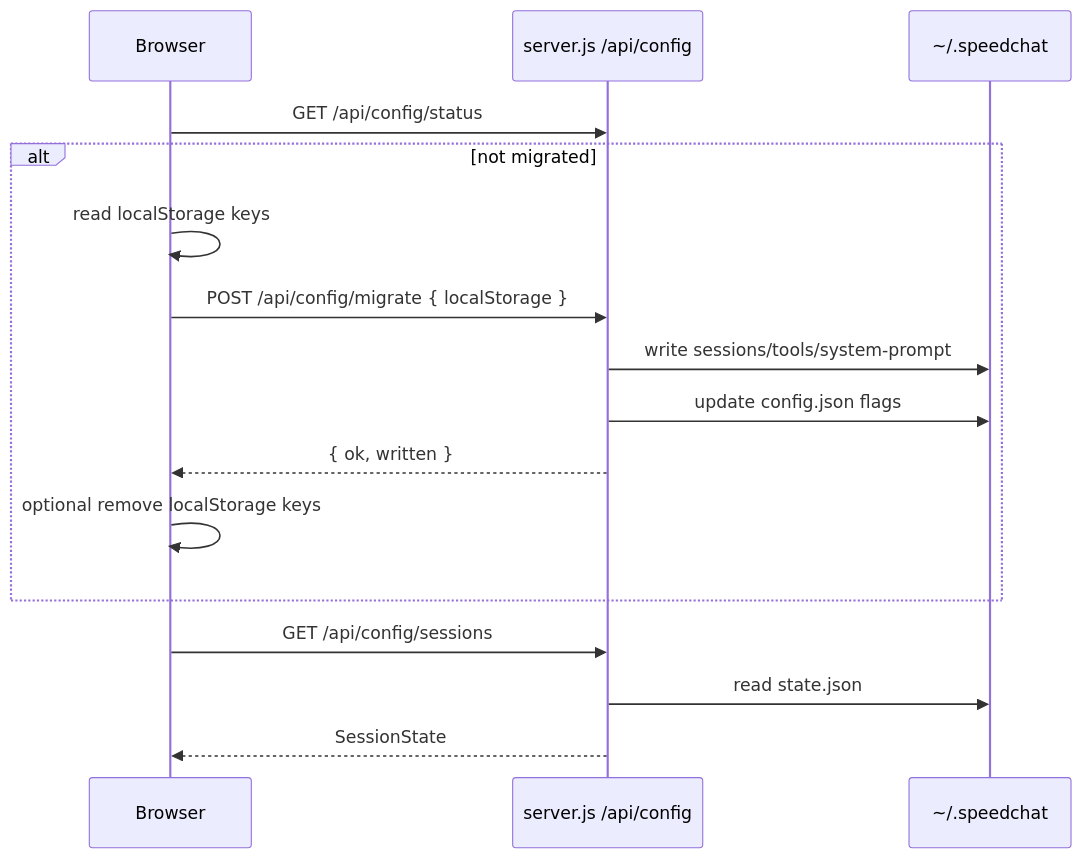
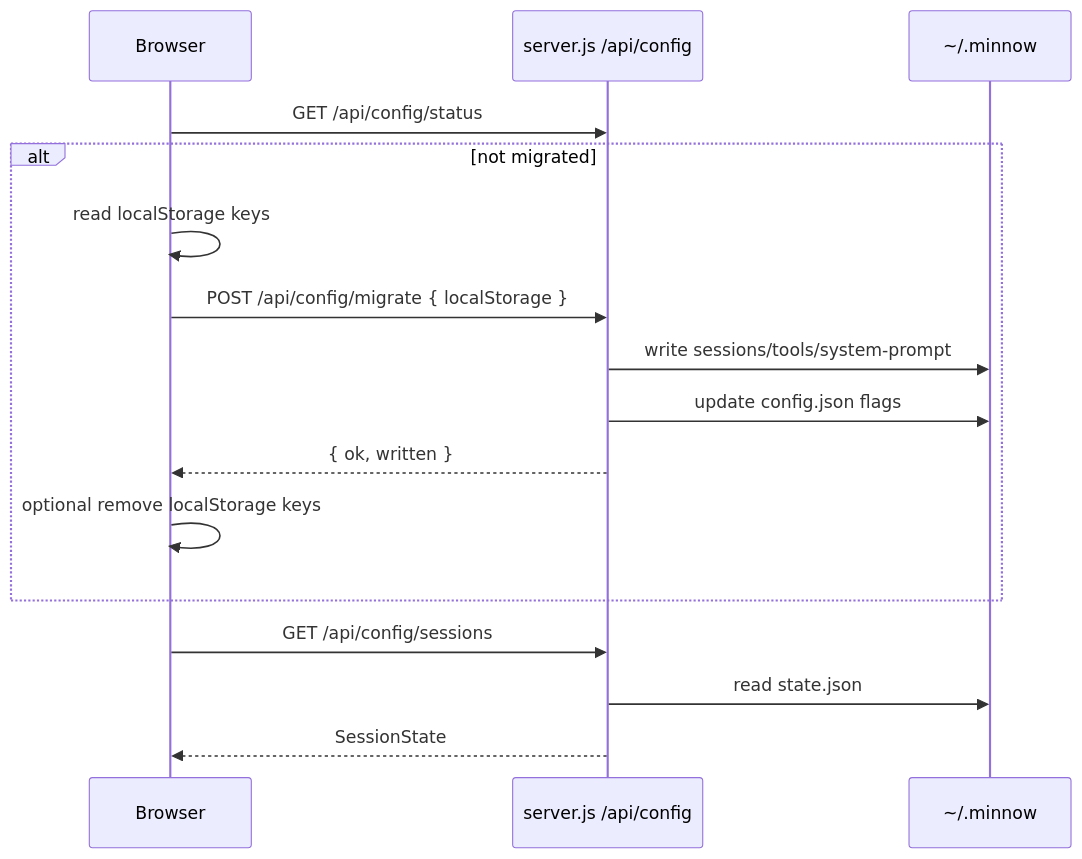
Before and after one commit to DukkyGames/Minnow: the diagram in documentation/plans/Build out/step-02-speedchat-home-dir.md, drawn with Mermaid. The commit also changed other lines of this file and 204 other files, not shown here.

````diff
--- a/documentation/plans/Build out/step-02-speedchat-home-dir.md
+++ b/documentation/plans/Build out/step-02-speedchat-home-dir.md
@@ -318,19 +318,19 @@
 ```mermaid
 sequenceDiagram
   participant Browser
   participant API as server.js /api/config
-  participant Disk as ~/.speedchat
+  participant Disk as ~/.minnow
 
   Browser->>API: GET /api/config/status
   alt not migrated
     Browser->>Browser: read localStorage keys
     Browser->>API: POST /api/config/migrate { localStorage }
     API->>Disk: write sessions/tools/system-prompt
     API->>Disk: update config.json flags
     API-->>Browser: { ok, written }
     Browser->>Browser: optional remove localStorage keys
   end
   Browser->>API: GET /api/config/sessions
   API->>Disk: read state.json
   API-->>Browser: SessionState
 ```
````
